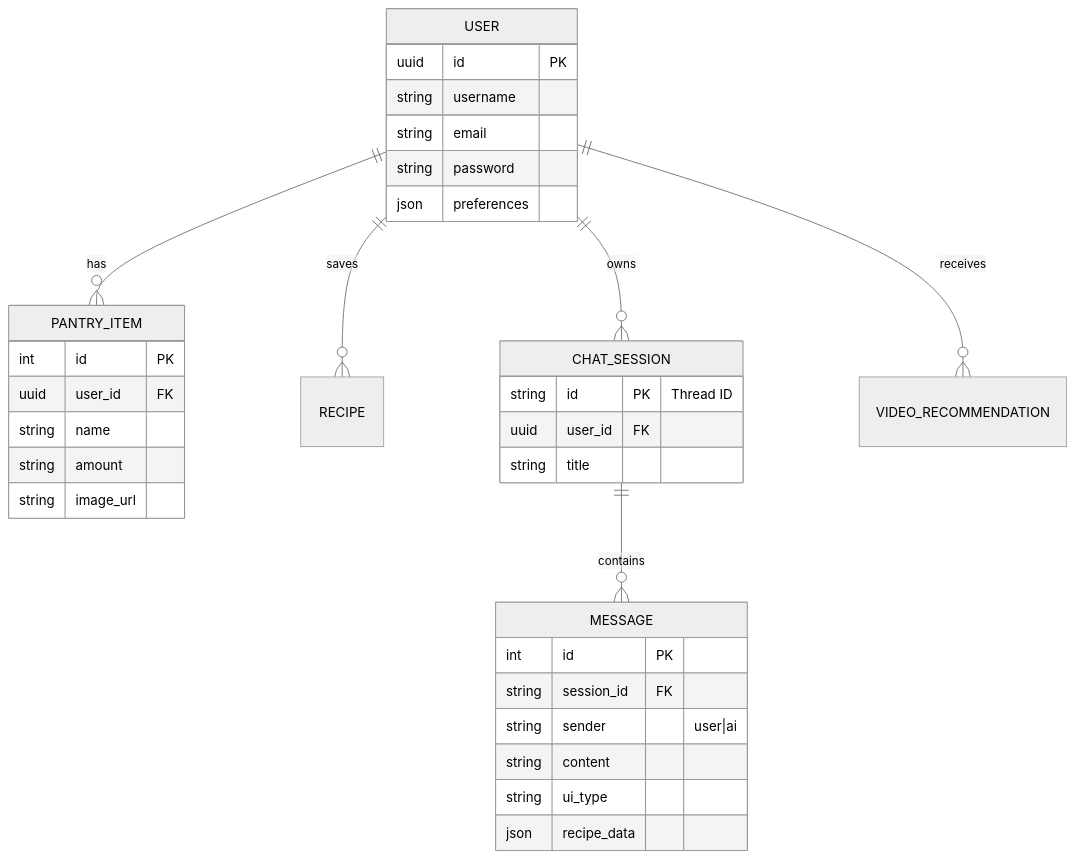
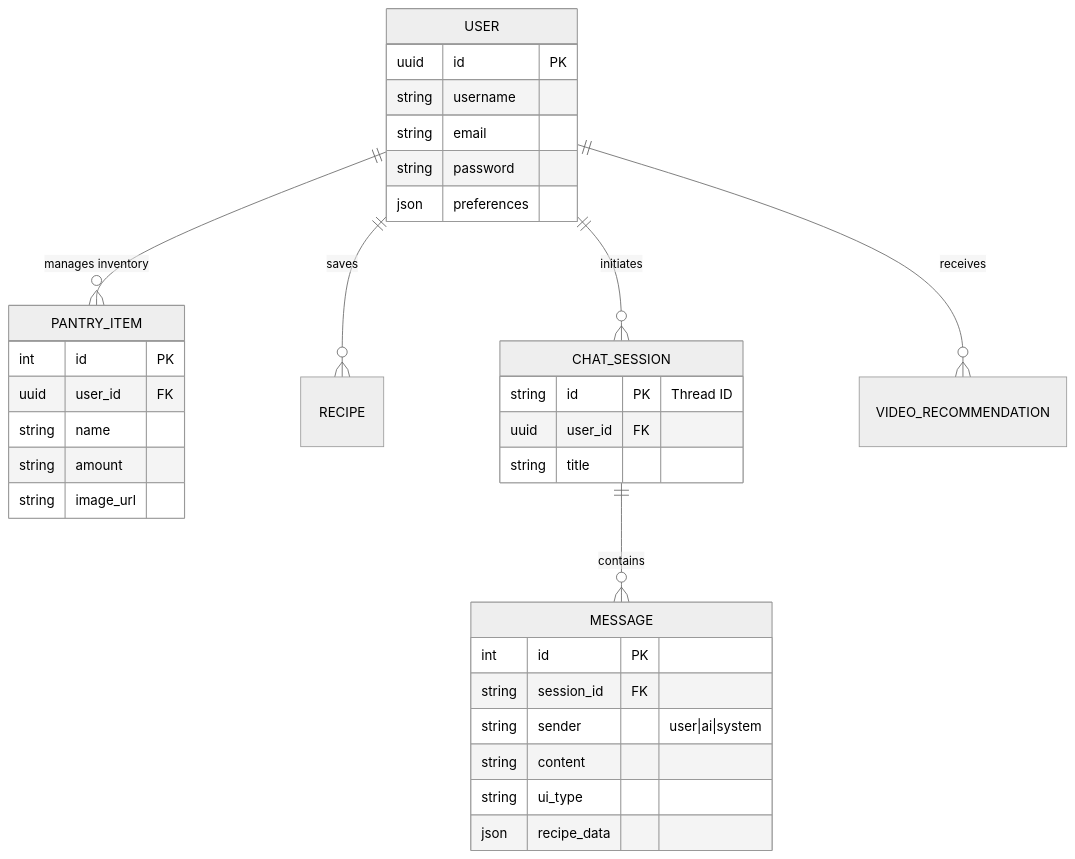
The diagram in BackEnd/README.md (SteveRogersBD/FrostByte), drawn with Mermaid (neutral theme) before and after one commit. The commit also changed other lines of this file and 6 other files, not shown here.

````diff
--- a/BackEnd/README.md
+++ b/BackEnd/README.md
@@ -11,39 +17,39 @@
 ```mermaid
 erDiagram
-    USER ||--o{ PANTRY_ITEM : has
-    USER ||--o{ RECIPE : saves
-    USER ||--o{ CHAT_SESSION : owns
-    USER ||--o{ VIDEO_RECOMMENDATION : receives
-    CHAT_SESSION ||--o{ MESSAGE : contains
+    USER ||--o{ PANTRY_ITEM : "manages inventory"
+    USER ||--o{ RECIPE : "saves"
+    USER ||--o{ CHAT_SESSION : "initiates"
+    USER ||--o{ VIDEO_RECOMMENDATION : "receives"
+    CHAT_SESSION ||--o{ MESSAGE : "contains"
 
     USER {
         uuid id PK
         string username
         string email
         string password
         json preferences
     }
 
     PANTRY_ITEM {
         int id PK
         uuid user_id FK
         string name
         string amount
         string image_url
     }
 
     CHAT_SESSION {
         string id PK "Thread ID"
         uuid user_id FK
         string title
     }
 
     MESSAGE {
         int id PK
         string session_id FK
-        string sender "user|ai"
+        string sender "user|ai|system"
         string content
         string ui_type
         json recipe_data
     }
 ```
````
